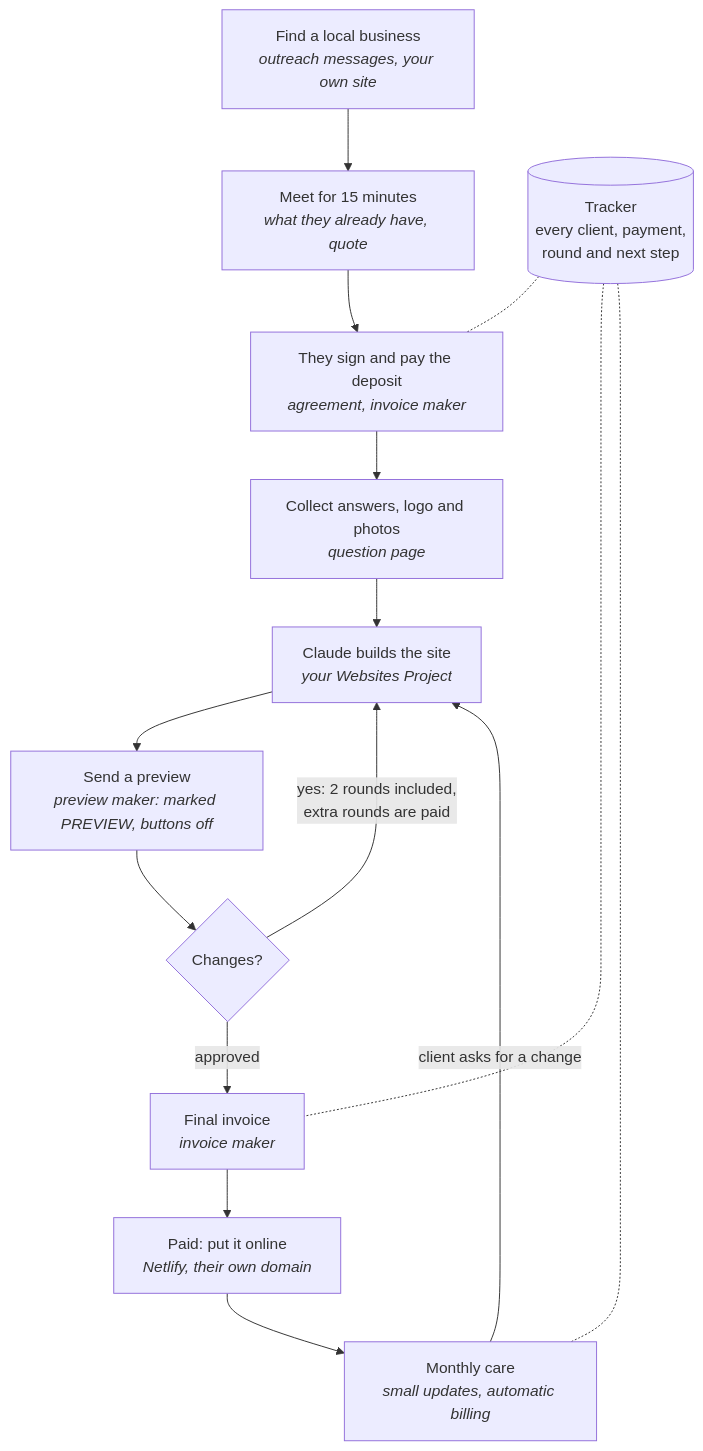
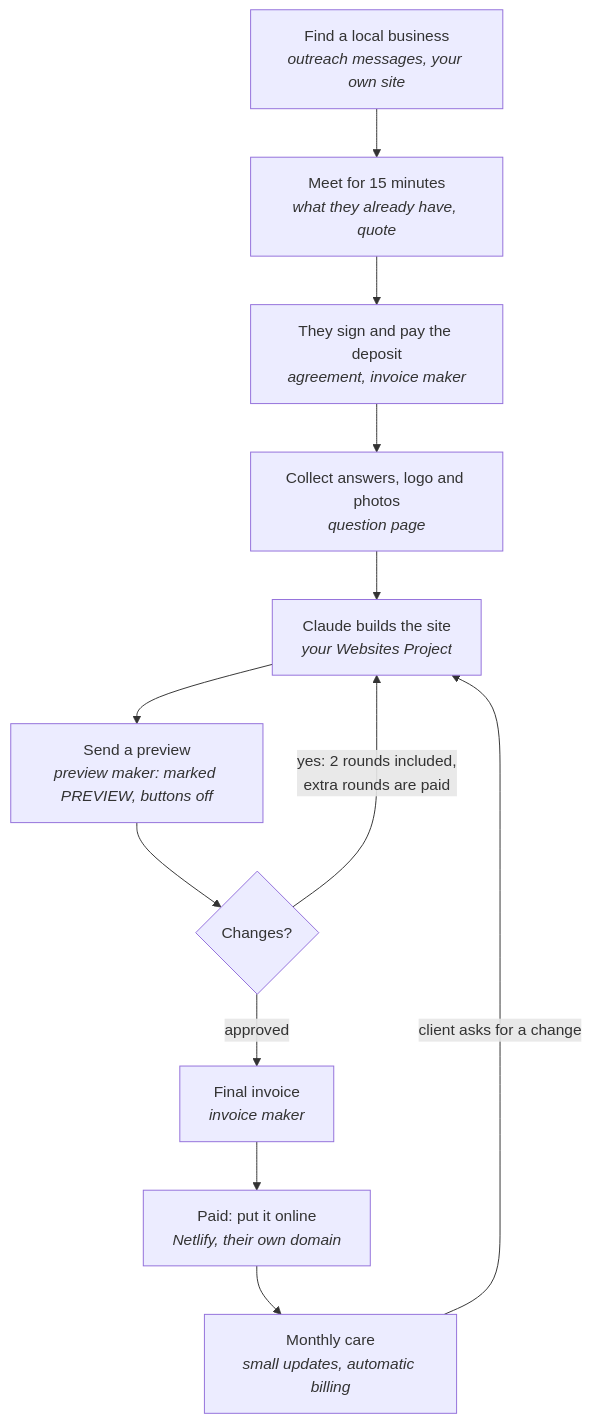
Before and after one commit to rode-0/landing-kit: the diagram in README.md, drawn with Mermaid. The commit also changed other lines of this file, not shown here.

Commit message:
docs: simplify the README business diagram

````diff
--- a/README.md
+++ b/README.md
@@ -17,17 +17,14 @@
 ```mermaid
 flowchart TD
     A["Find a local business<br/><i>outreach messages, your own site</i>"] --> B["Meet for 15 minutes<br/><i>what they already have, quote</i>"]
     B --> C["They sign and pay the deposit<br/><i>agreement, invoice maker</i>"]
     C --> D["Collect answers, logo and photos<br/><i>question page</i>"]
     D --> E["Claude builds the site<br/><i>your Websites Project</i>"]
     E --> F["Send a preview<br/><i>preview maker: marked PREVIEW, buttons off</i>"]
     F --> G{"Changes?"}
     G -- "yes: 2 rounds included,<br/>extra rounds are paid" --> E
     G -- "approved" --> H["Final invoice<br/><i>invoice maker</i>"]
     H --> I["Paid: put it online<br/><i>Netlify, their own domain</i>"]
     I --> J["Monthly care<br/><i>small updates, automatic billing</i>"]
     J -- "client asks for a change" --> E
-    K[("Tracker<br/>every client, payment,<br/>round and next step")] -.- C
-    K -.- H
-    K -.- J
 ```
````
